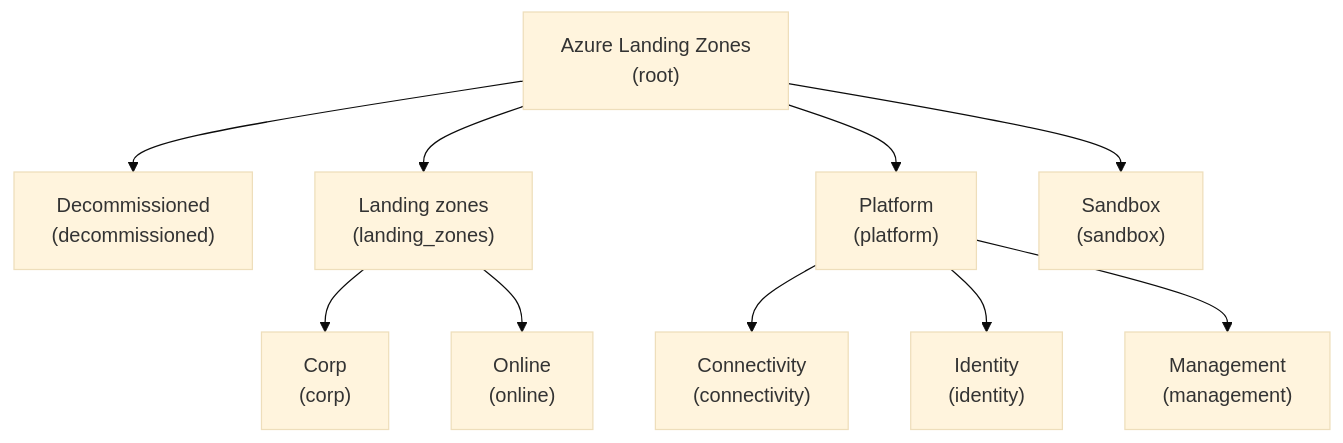
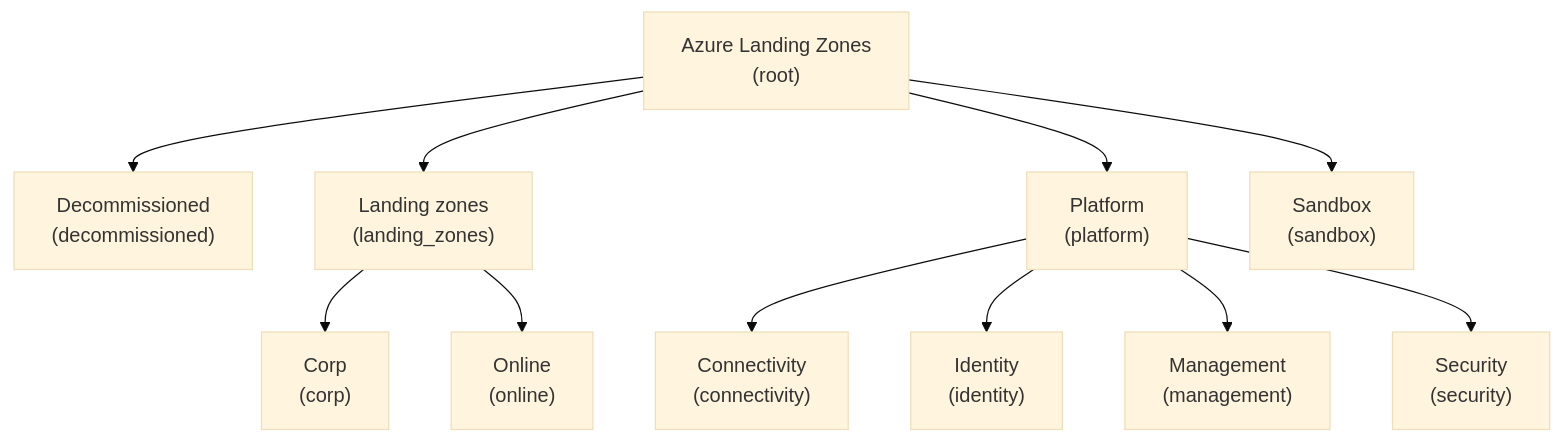
One commit to Azure/Azure-Landing-Zones-Library changed the diagram in platform/alz/README.md. Above: the diagram before and after it, drawn with Mermaid (base theme). The commit also changed other lines of this file and 63 other files, not shown here.

Commit message:
feat(platform/alz): security management group + policy refresh 2025-09-09 (#233)

````diff
--- a/platform/alz/README.md
+++ b/platform/alz/README.md
@@ -27,33 +27,36 @@
 ```mermaid
 flowchart TD
   alz["Azure Landing Zones
 (root)"]
   alz --> decommissioned
   decommissioned["Decommissioned
 (decommissioned)"]
   alz --> landingzones
   landingzones["Landing zones
 (landing_zones)"]
   landingzones --> corp
   corp["Corp
 (corp)"]
   landingzones --> online
   online["Online
 (online)"]
   alz --> platform
   platform["Platform
 (platform)"]
   platform --> connectivity
   connectivity["Connectivity
 (connectivity)"]
   platform --> identity
   identity["Identity
 (identity)"]
   platform --> management
   management["Management
 (management)"]
+  platform --> security
+  security["Security
+(security)"]
   alz --> sandbox
   sandbox["Sandbox
 (sandbox)"]
 
 ```
````
